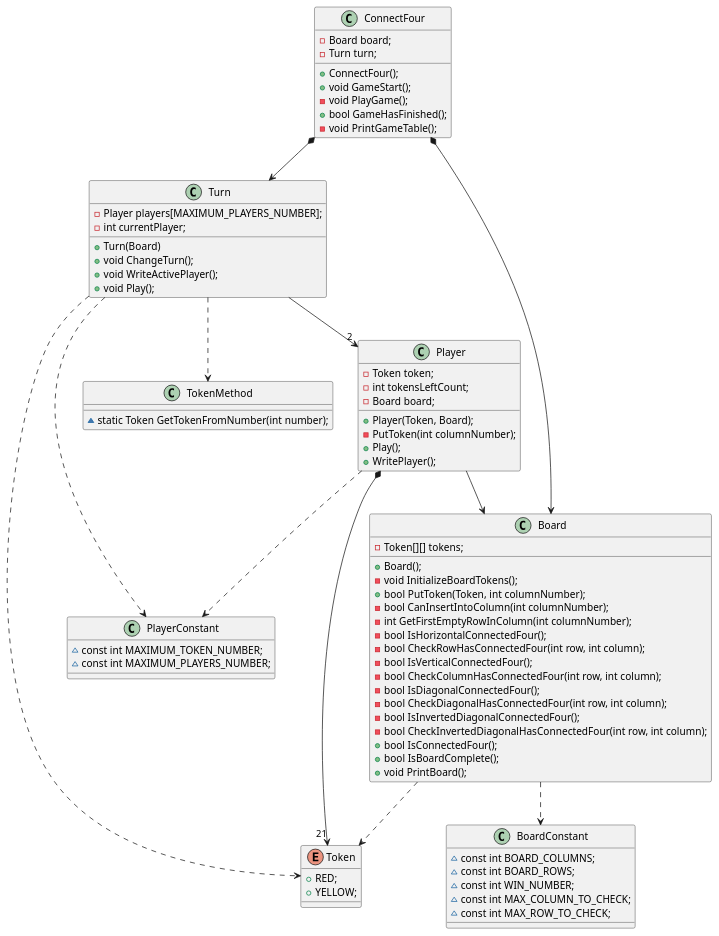
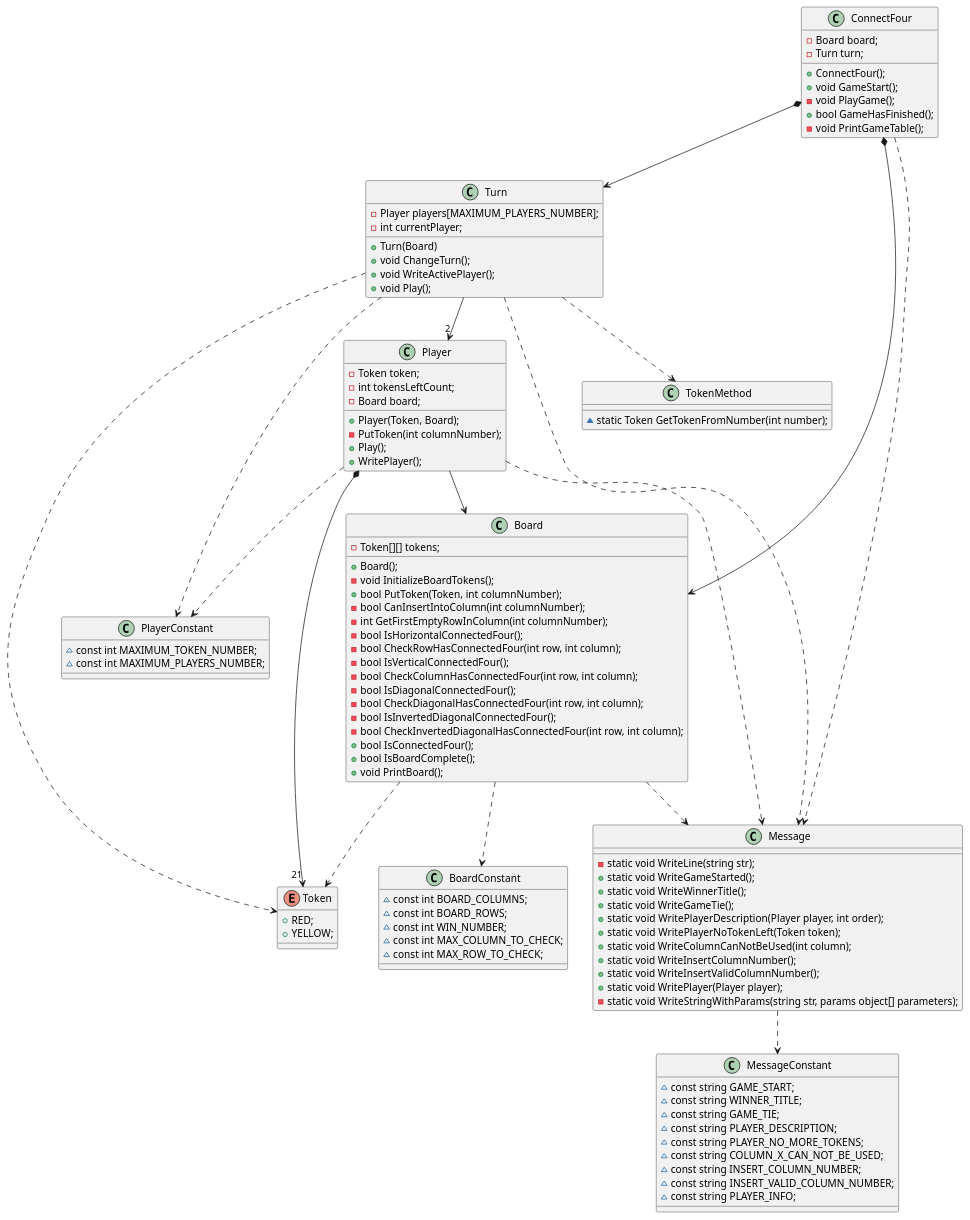
One commit to bate-ye-edo/IWVG-ConnectFour changed the diagram in docs/src/uml.plantuml. Above: the diagram before and after it, drawn with PlantUML. The commit also changed 8 other files, not shown here.

Commit message:
Message class created and updated UML.

```diff
--- a/docs/src/uml.plantuml
+++ b/docs/src/uml.plantuml
@@ -1,78 +1,107 @@
 @startuml
 
 
 class ConnectFour{
   - Board board;
   - Turn turn;
   + ConnectFour();
   + void GameStart();
   - void PlayGame();
   + bool GameHasFinished();
   - void PrintGameTable();
 }
 class Turn{
   - Player players[MAXIMUM_PLAYERS_NUMBER];
   - int currentPlayer;
   + Turn(Board)
   + void ChangeTurn();
   + void WriteActivePlayer();
   + void Play();
 }
 class Player{
   - Token token;
   - int tokensLeftCount;
   - Board board;
   + Player(Token, Board);
   - PutToken(int columnNumber);
   + Play();
   + WritePlayer();
 }
 class Board{
   - Token[][] tokens;
   + Board();
   - void InitializeBoardTokens();
   + bool PutToken(Token, int columnNumber);
   - bool CanInsertIntoColumn(int columnNumber);
   - int GetFirstEmptyRowInColumn(int columnNumber);
   - bool IsHorizontalConnectedFour();
   - bool CheckRowHasConnectedFour(int row, int column);
   - bool IsVerticalConnectedFour();
   - bool CheckColumnHasConnectedFour(int row, int column);
   - bool IsDiagonalConnectedFour();
   - bool CheckDiagonalHasConnectedFour(int row, int column);
   - bool IsInvertedDiagonalConnectedFour();
   - bool CheckInvertedDiagonalHasConnectedFour(int row, int column);
   + bool IsConnectedFour();
   + bool IsBoardComplete();
   + void PrintBoard();
 }
 class BoardConstant{
   ~ const int BOARD_COLUMNS;
   ~ const int BOARD_ROWS;
   ~ const int WIN_NUMBER;
   ~ const int MAX_COLUMN_TO_CHECK;
   ~ const int MAX_ROW_TO_CHECK;
 }
 class PlayerConstant{
   ~ const int MAXIMUM_TOKEN_NUMBER;
   ~ const int MAXIMUM_PLAYERS_NUMBER;
 }
 enum Token{
   + RED;
   + YELLOW;
 }
 static class TokenMethod{
   ~ static Token GetTokenFromNumber(int number);
 }
+static class MessageConstant{
+  ~const string GAME_START;
+  ~ const string WINNER_TITLE;
+  ~ const string GAME_TIE;
+  ~ const string PLAYER_DESCRIPTION;
+  ~ const string PLAYER_NO_MORE_TOKENS;
+  ~ const string COLUMN_X_CAN_NOT_BE_USED;
+  ~ const string INSERT_COLUMN_NUMBER;
+  ~ const string INSERT_VALID_COLUMN_NUMBER;
+  ~ const string PLAYER_INFO;
+}
+static class Message{
+  - static void WriteLine(string str);
+  + static void WriteGameStarted();
+  + static void WriteWinnerTitle();
+  + static void WriteGameTie();
+  + static void WritePlayerDescription(Player player, int order);
+  + static void WritePlayerNoTokenLeft(Token token);
+  + static void WriteColumnCanNotBeUsed(int column);
+  + static void WriteInsertColumnNumber();
+  + static void WriteInsertValidColumnNumber();
+  + static void WritePlayer(Player player);
+  - static void WriteStringWithParams(string str, params object[] parameters);
+}
 ConnectFour  *-down-> Board 
 ConnectFour *-down-> Turn
 Turn -down-> "2" Player
 Turn .down.> Token
 Player  *-down-> "21" Token
 Player --> Board
 Board ..>Token
 Board ..>BoardConstant
 Player ..> PlayerConstant
 Turn ..> PlayerConstant
 Turn ..> TokenMethod
+Message ..> MessageConstant
+ConnectFour ..> Message
+Board ..> Message
+Turn ..> Message
+Player ..> Message
 @enduml
```
